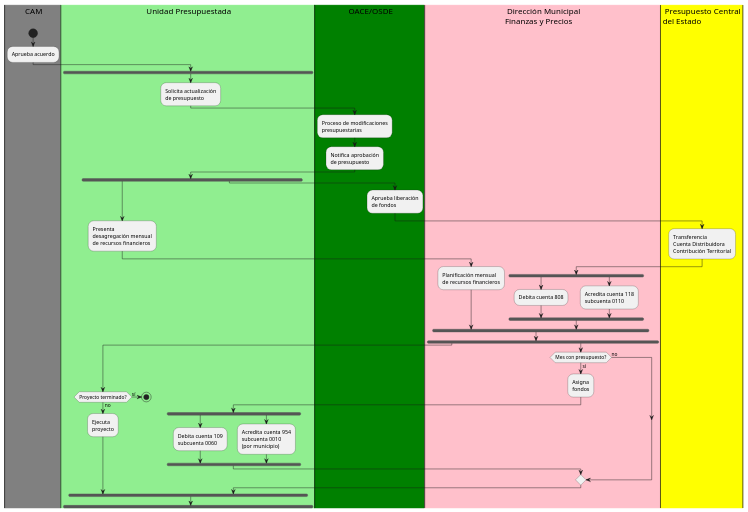
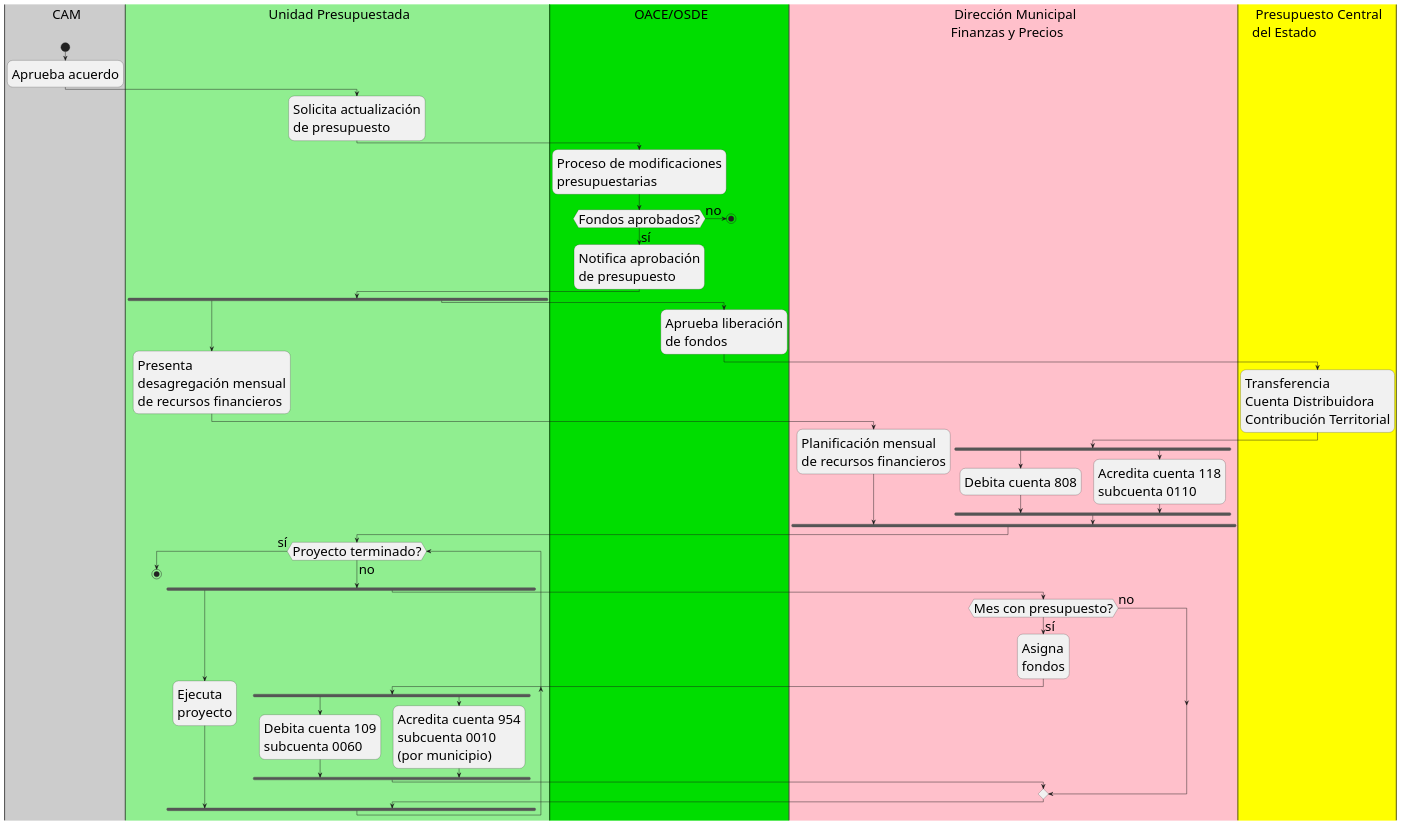
Before and after one commit to CubanTech/SociedadCubana: the diagram in assets/plantuml/res_mep_2020_27_cap8.iuml, drawn with PlantUML.

Commit message:
[assets] [plantuml] - Ciclo de ejecución de proyecto y liberación de fondos

```diff
--- a/assets/plantuml/res_mep_2020_27_cap8.iuml
+++ b/assets/plantuml/res_mep_2020_27_cap8.iuml
@@ -1,57 +1,65 @@
 @startuml
-|#gray|cam| CAM
+<style>
+activityDiagram {
+  FontSize 30
+}
+</style>
+
+|#CCCCCC|cam| CAM
 |#lightgreen|up| Unidad Presupuestada
-|#green|osde| OACE/OSDE
+|#00DD00|osde| OACE/OSDE
 |#pink|mfp| Dirección Municipal\nFinanzas y Precios
 |#yellow|bank| Presupuesto Central\ndel Estado
 
 |cam|
 start
 :Aprueba acuerdo;
 
 |up|
-fork
 :Solicita actualización\nde presupuesto;
 |osde|
 :Proceso de modificaciones\npresupuestarias;
+if (Fondos aprobados?) then (sí)
+  :Notifica aprobación\nde presupuesto;
+else (no)
+  stop
+endif
 
-:Notifica aprobación\nde presupuesto;
 |up|
 fork
-:Presenta\ndesagregación mensual\nde recursos financieros;
-|mfp|
-:Planificación mensual\nde recursos financieros;
+  :Presenta\ndesagregación mensual\nde recursos financieros;
+  |mfp|
+  :Planificación mensual\nde recursos financieros;
 fork again
-|osde|
-:Aprueba liberación\nde fondos;
-|bank|
-:Transferencia\nCuenta Distribuidora\nContribución Territorial;
-|mfp|
-fork
-:Debita cuenta 808;
-fork again
-:Acredita cuenta 118\nsubcuenta 0110;
+  |osde|
+  :Aprueba liberación\nde fondos;
+  |bank|
+  :Transferencia\nCuenta Distribuidora\nContribución Territorial;
+  |mfp|
+  fork
+    :Debita cuenta 808;
+  fork again
+    :Acredita cuenta 118\nsubcuenta 0110;
+  endfork
 endfork
-endfork
-|mfp|
-fork
 |up|
-if (Proyecto terminado?) then (no)
-|up|
-:Ejecuta\nproyecto;
-else (sí)
+while (Proyecto terminado?) is (no)
+  fork
+    |up|
+    :Ejecuta\nproyecto;
+  fork again
+    |mfp|
+    if (Mes con presupuesto?) then (sí)
+       :Asigna\nfondos;
+       |up|
+      fork
+        :Debita cuenta 109\nsubcuenta 0060;
+      fork again
+        :Acredita cuenta 954\nsubcuenta 0010\n(por municipio);
+      endfork
+    else (no)
+    endif
+  endfork
+endwhile (sí)
 stop
-endif
-fork again
-|mfp|
-if (Mes con presupuesto?) then (sí)
-:Asigna\nfondos;
-|up|
-fork
-:Debita cuenta 109\nsubcuenta 0060;
-fork again
-:Acredita cuenta 954\nsubcuenta 0010\n(por municipio);
-endfork
-else (no)
-endif
 @enduml
```
